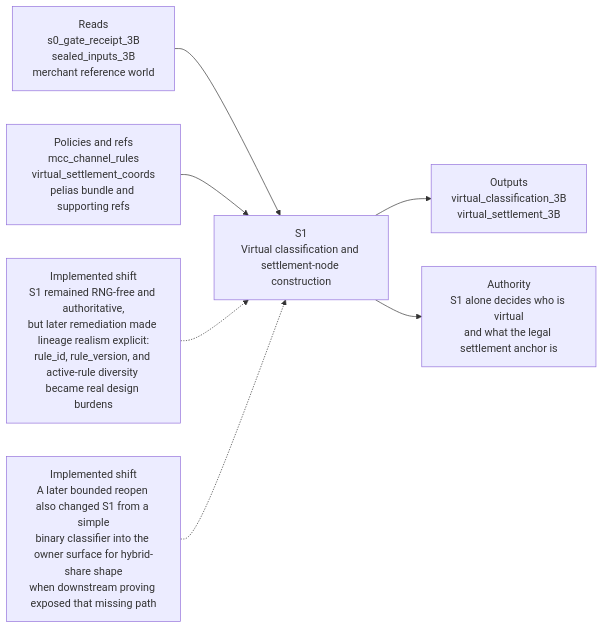
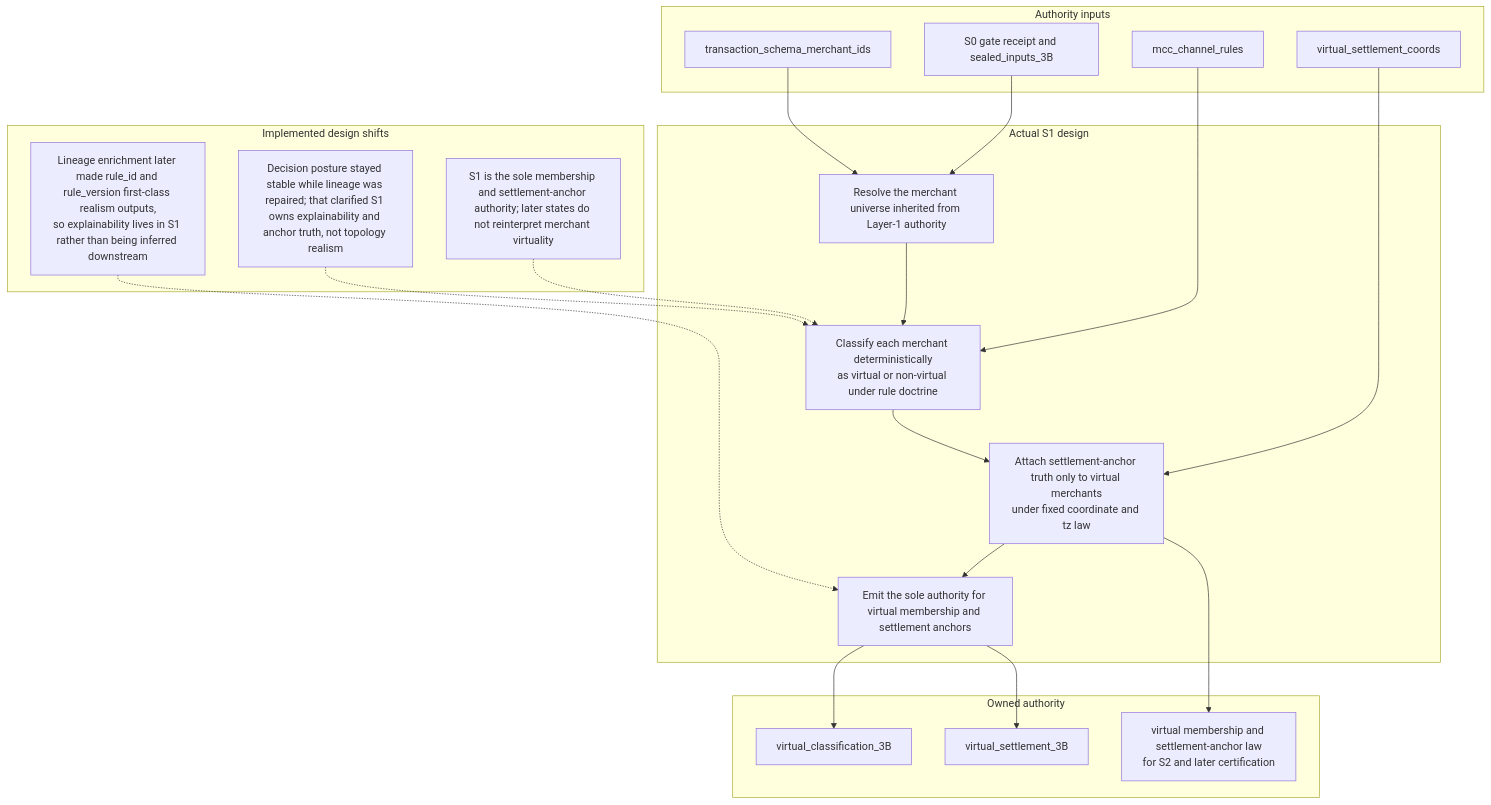
The diagram in docs/design/data-engine/layer-1/3B/3B-S1-design-flow.mmd (EsosaOrumwese/fraud-detection-system), drawn with Mermaid before and after one commit. The commit also changed 56 other files, not shown here.

First line of the commit message:
Refactor design flows for segments 3B and 5A to enhance clarity and authority structure

```diff
--- a/docs/design/data-engine/layer-1/3B/3B-S1-design-flow.mmd
+++ b/docs/design/data-engine/layer-1/3B/3B-S1-design-flow.mmd
@@ -1,18 +1,39 @@
-flowchart LR
-  I1["Reads<br/>s0_gate_receipt_3B<br/>sealed_inputs_3B<br/>merchant reference world"]
-  I2["Policies and refs<br/>mcc_channel_rules<br/>virtual_settlement_coords<br/>pelias bundle and supporting refs"]
+flowchart TD
+  subgraph inputs["Authority inputs"]
+    I1["S0 gate receipt and sealed_inputs_3B"]
+    I2["transaction_schema_merchant_ids"]
+    I3["mcc_channel_rules"]
+    I4["virtual_settlement_coords"]
+  end
 
-  S1["S1<br/>Virtual classification and settlement-node construction"]
+  subgraph core["Actual S1 design"]
+    C1["Resolve the merchant universe inherited from Layer-1 authority"]
+    C2["Classify each merchant deterministically<br/>as virtual or non-virtual under rule doctrine"]
+    C3["Attach settlement-anchor truth only to virtual merchants<br/>under fixed coordinate and tz law"]
+    C4["Emit the sole authority for virtual membership and settlement anchors"]
+  end
 
-  O1["Outputs<br/>virtual_classification_3B<br/>virtual_settlement_3B"]
-  O2["Authority<br/>S1 alone decides who is virtual<br/>and what the legal settlement anchor is"]
+  subgraph shifts["Implemented design shifts"]
+    S1["S1 is the sole membership and settlement-anchor authority; later states do not reinterpret merchant virtuality"]
+    S2["Lineage enrichment later made rule_id and rule_version first-class realism outputs,<br/>so explainability lives in S1 rather than being inferred downstream"]
+    S3["Decision posture stayed stable while lineage was repaired; that clarified S1 owns explainability and anchor truth, not topology realism"]
+  end
 
-  R1["Implemented shift<br/>S1 remained RNG-free and authoritative,<br/>but later remediation made lineage realism explicit:<br/>rule_id, rule_version, and active-rule diversity became real design burdens"]
-  R2["Implemented shift<br/>A later bounded reopen also changed S1 from a simple<br/>binary classifier into the owner surface for hybrid-share shape<br/>when downstream proving exposed that missing path"]
+  subgraph outputs["Owned authority"]
+    O1["virtual_classification_3B"]
+    O2["virtual_settlement_3B"]
+    O3["virtual membership and settlement-anchor law<br/>for S2 and later certification"]
+  end
 
-  I1 --> S1
-  I2 --> S1
-  S1 --> O1
-  S1 --> O2
-  R1 -.-> S1
-  R2 -.-> S1
+  I1 --> C1
+  I2 --> C1
+  I3 --> C2
+  I4 --> C3
+  C1 --> C2 --> C3 --> C4
+  C4 --> O1
+  C4 --> O2
+  C3 --> O3
+
+  S1 -.-> C2
+  S2 -.-> C4
+  S3 -.-> C2
```
